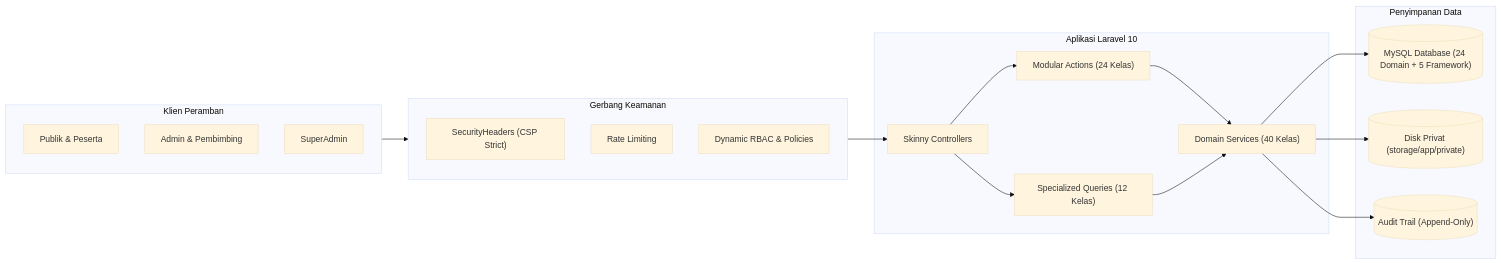
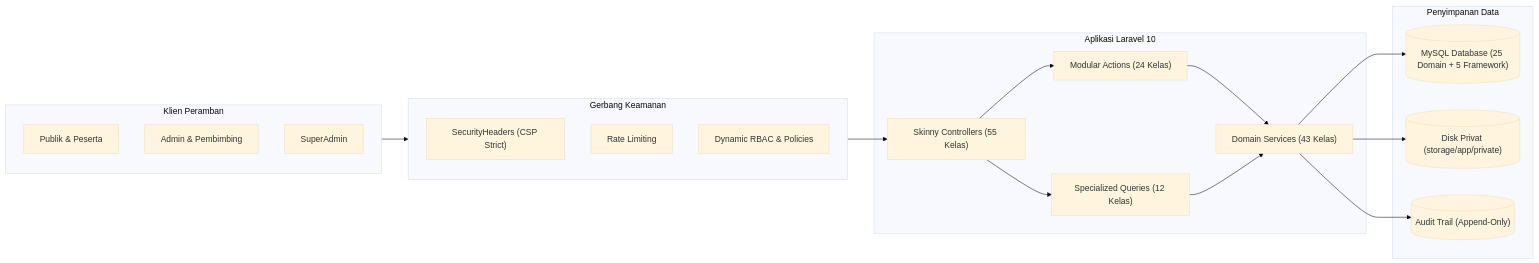
One commit to EvilAekt/MAGKOM changed the diagram in README.md. Above: the diagram before and after it, drawn with Mermaid (base theme). The commit also changed other lines of this file and 15 other files, not shown here.

````diff
--- a/README.md
+++ b/README.md
@@ -57,37 +85,37 @@
 ```mermaid
 flowchart LR
     subgraph Client ["Klien Peramban"]
         Public["Publik & Peserta"]
         Staff["Admin & Pembimbing"]
         Super["SuperAdmin"]
     end
 
     subgraph Security ["Gerbang Keamanan"]
         CSP["SecurityHeaders (CSP Strict)"]
         Throttle["Rate Limiting"]
         RBAC["Dynamic RBAC & Policies"]
     end
 
     subgraph AppLayer ["Aplikasi Laravel 10"]
-        Controller["Skinny Controllers"]
+        Controller["Skinny Controllers (55 Kelas)"]
         Actions["Modular Actions (24 Kelas)"]
         Queries["Specialized Queries (12 Kelas)"]
-        Services["Domain Services (40 Kelas)"]
+        Services["Domain Services (43 Kelas)"]
     end
 
     subgraph StorageLayer ["Penyimpanan Data"]
-        DB[("MySQL Database (24 Domain + 5 Framework)")]
+        DB[("MySQL Database (25 Domain + 5 Framework)")]
         PrivateDisk[("Disk Privat (storage/app/private)")]
         Audit[("Audit Trail (Append-Only)")]
     end
 
     Client --> Security
     Security --> Controller
     Controller --> Actions
     Controller --> Queries
     Actions --> Services
     Queries --> Services
     Services --> DB
     Services --> PrivateDisk
     Services --> Audit
 ```
````
